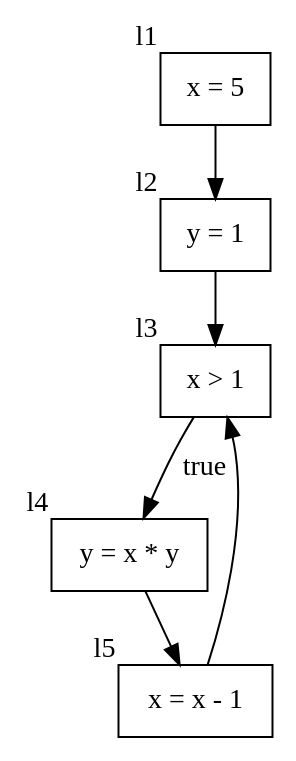
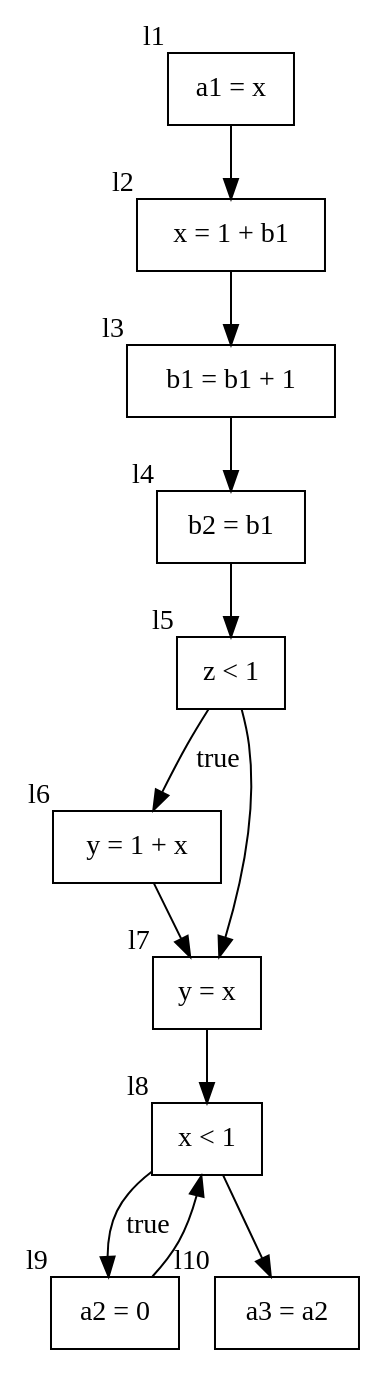
Before and after one commit to AdamYoung71/analyser: the diagram in results/edb1/cfg.gv, drawn with Graphviz. The commit also changed 33 other files, not shown here.

```diff
--- a/results/edb1/cfg.gv
+++ b/results/edb1/cfg.gv
@@ -1,13 +1,24 @@
 digraph control_flow_graph {
 	node [shape=box]
-	l1 [label="x = 5" xlabel=l1]
-	l2 [label="y = 1" xlabel=l2]
+	l1 [label="a1 = x" xlabel=l1]
+	l2 [label="x = 1 + b1" xlabel=l2]
 	l1 -> l2
-	l3 [label="x > 1" xlabel=l3]
-	l4 [label="y = x * y" xlabel=l4]
-	l5 [label="x = x - 1" xlabel=l5]
+	l3 [label="b1 = b1 + 1" xlabel=l3]
+	l2 -> l3
+	l4 [label="b2 = b1" xlabel=l4]
+	l3 -> l4
+	l5 [label="z < 1" xlabel=l5]
+	l6 [label="y = 1 + x" xlabel=l6]
+	l5 -> l6 [label=true]
 	l4 -> l5
-	l3 -> l4 [label=true]
-	l5 -> l3
-	l2 -> l3
+	l7 [label="y = x" xlabel=l7]
+	l6 -> l7
+	l5 -> l7
+	l8 [label="x < 1" xlabel=l8]
+	l9 [label="a2 = 0" xlabel=l9]
+	l8 -> l9 [label=true]
+	l9 -> l8
+	l7 -> l8
+	l10 [label="a3 = a2" xlabel=l10]
+	l8 -> l10
 }
```
